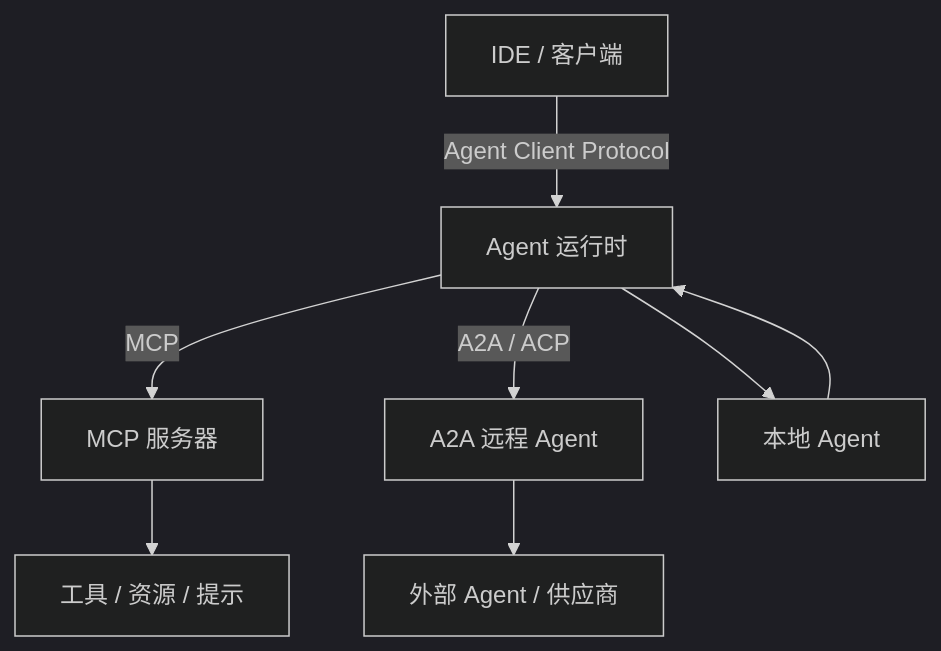
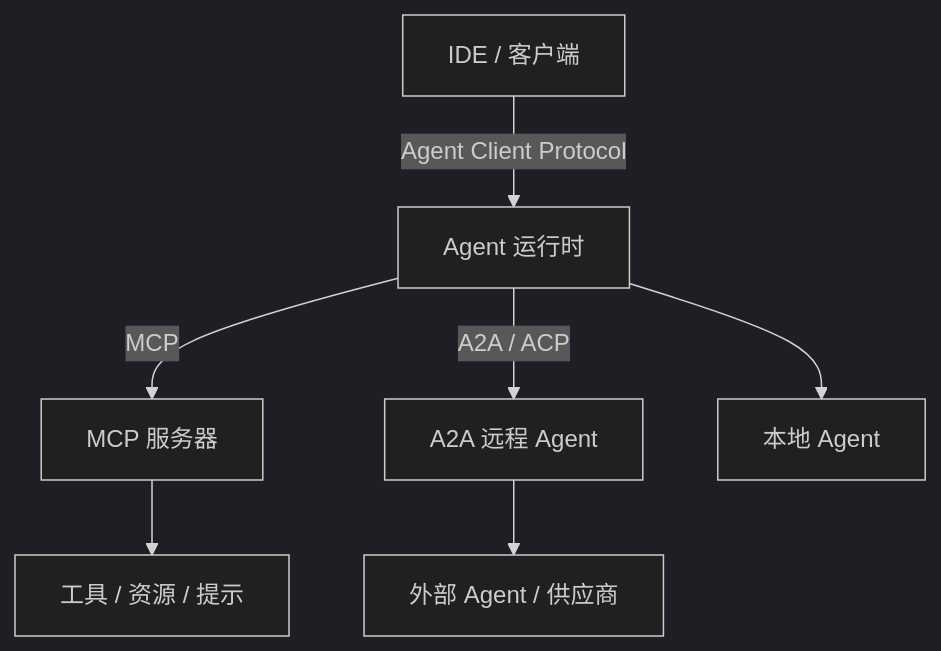
The diagram in content/wiki/patterns/protocol-mediated.md (riba2534/multi-agent-wiki-cn), drawn with Mermaid (dark theme) before and after one commit. The commit also changed other lines of this file and 37 other files, not shown here.

````diff
--- a/content/wiki/patterns/protocol-mediated.md
+++ b/content/wiki/patterns/protocol-mediated.md
@@ -21,10 +21,9 @@
 ```mermaid
 flowchart TD
   IDE["IDE / 客户端"] -->|Agent Client Protocol| Runtime["Agent 运行时"]
   Runtime -->|MCP| MCP["MCP 服务器"]
   Runtime -->|A2A / ACP| A2A["A2A 远程 Agent"]
   Runtime --> Local["本地 Agent"]
   MCP --> Tools["工具 / 资源 / 提示"]
   A2A --> Vendor["外部 Agent / 供应商"]
-  Local --> Runtime
 ```
````
